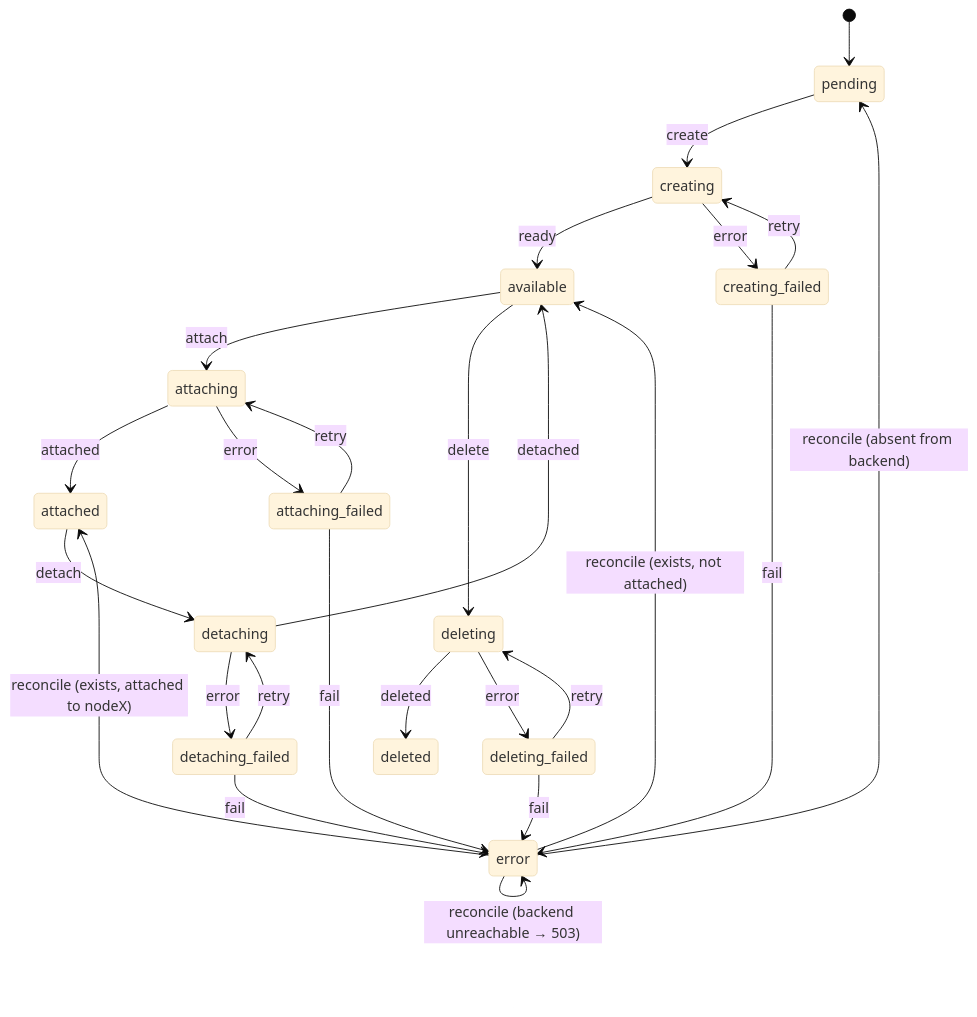
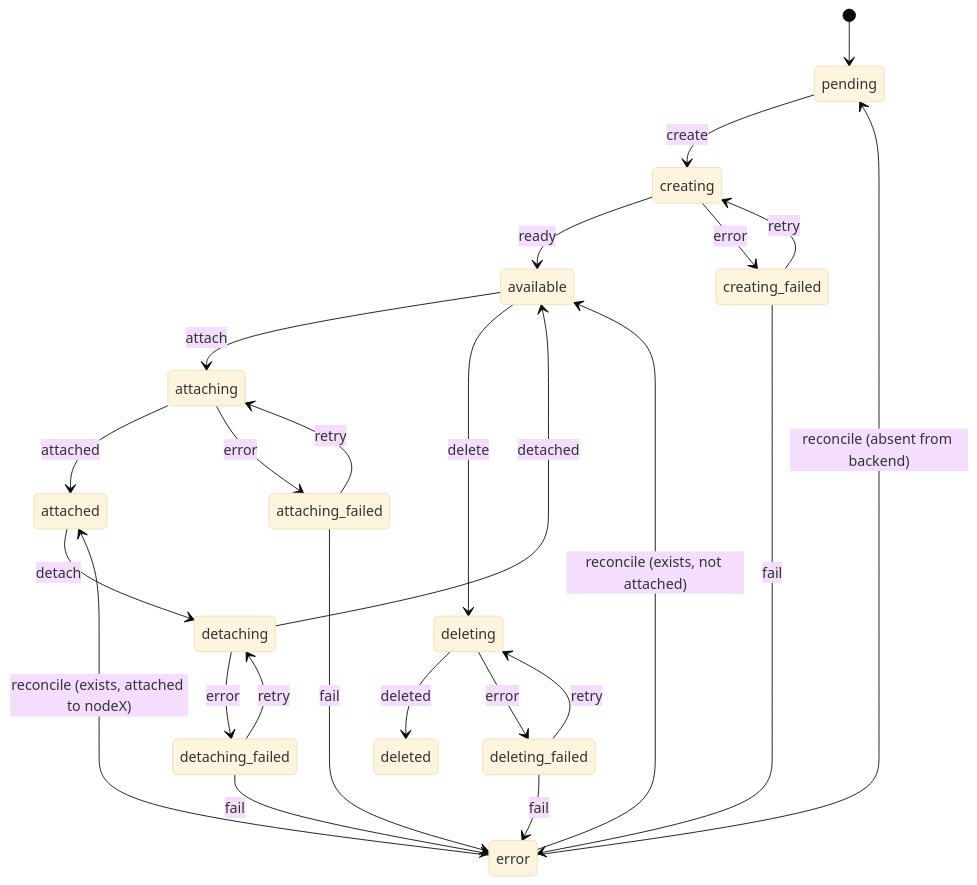
The diagram in README.md (cire-ly/block-storage-api), drawn with Mermaid (base theme) before and after one commit. The commit also changed other lines of this file and 1 other file, not shown here.

````diff
--- a/README.md
+++ b/README.md
@@ -156,32 +166,31 @@
 ```mermaid
 stateDiagram-v2
     [*] --> pending
     pending --> creating: create
     creating --> available: ready
     creating --> creating_failed: error
     creating_failed --> creating: retry
     creating_failed --> error: fail
 
     available --> attaching: attach
     attaching --> attached: attached
     attaching --> attaching_failed: error
     attaching_failed --> attaching: retry
     attaching_failed --> error: fail
 
     attached --> detaching: detach
     detaching --> available: detached
     detaching --> detaching_failed: error
     detaching_failed --> detaching: retry
     detaching_failed --> error: fail
 
     available --> deleting: delete
     deleting --> deleted: deleted
     deleting --> deleting_failed: error
     deleting_failed --> deleting: retry
     deleting_failed --> error: fail
 
-    error --> error: reconcile (backend unreachable → 503)
     error --> pending: reconcile (absent from backend)
     error --> available: reconcile (exists, not attached)
     error --> attached: reconcile (exists, attached to nodeX)
 ```
````
